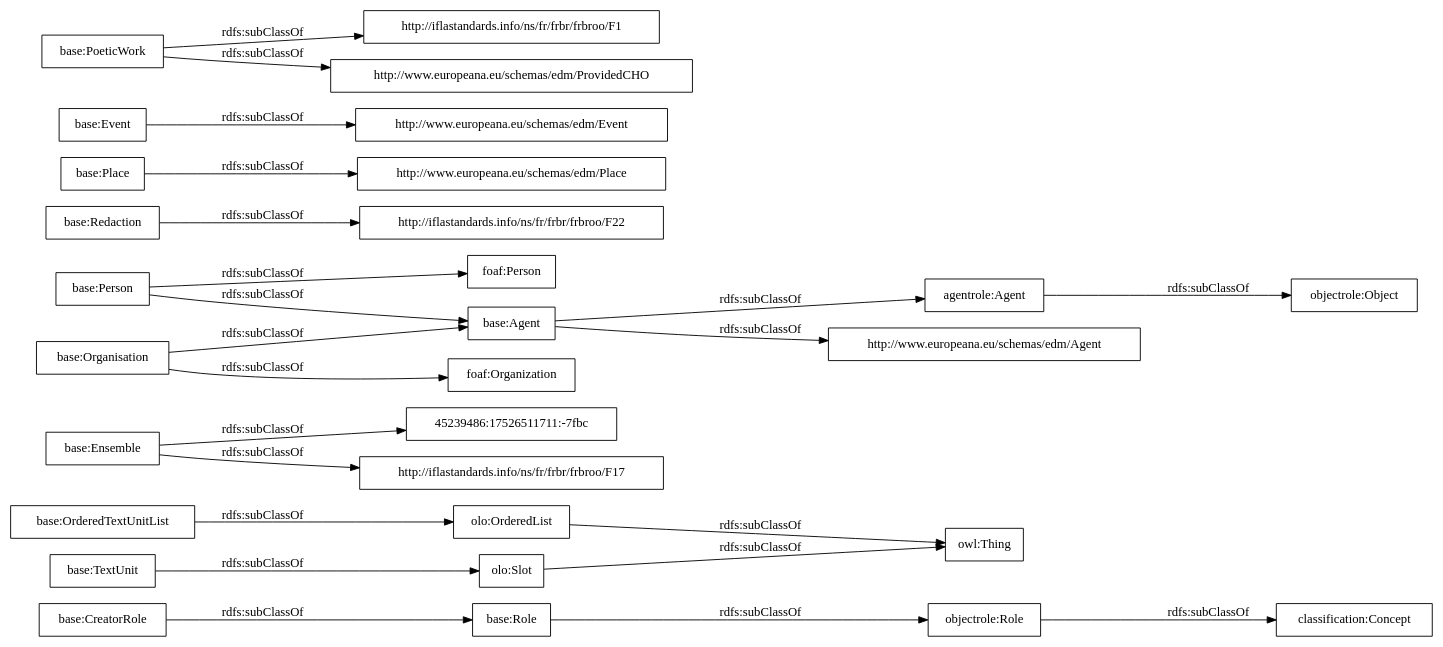
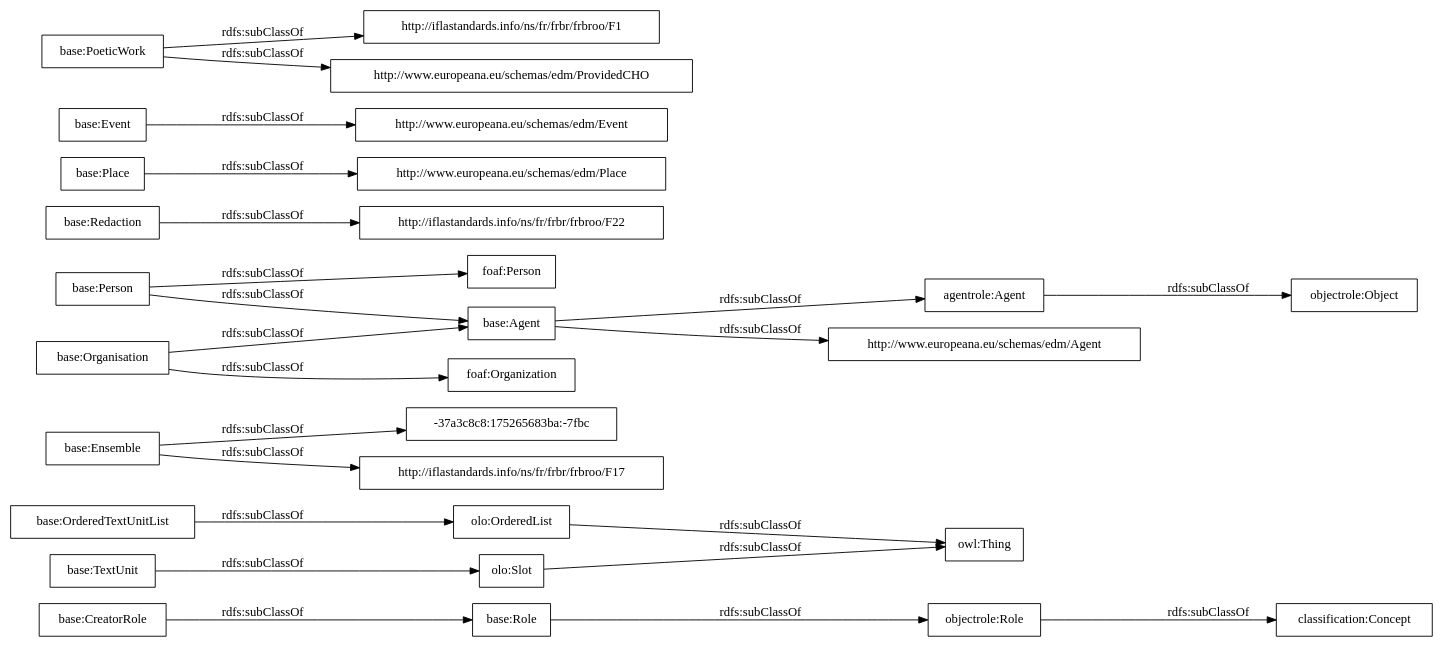
Before and after one commit to OnToologyUser/core-ontology-1: the diagram in OnToology/postdata-core.owl/diagrams/ar2dtool-taxonomy/postdata-core.owl.png.dot, drawn with Graphviz. The commit also changed 14 other files, not shown here.

```diff
--- a/OnToology/postdata-core.owl/diagrams/ar2dtool-taxonomy/postdata-core.owl.png.dot
+++ b/OnToology/postdata-core.owl/diagrams/ar2dtool-taxonomy/postdata-core.owl.png.dot
@@ -1,27 +1,27 @@
 digraph ar2dtool_diagram { 
 rankdir=LR;
 size="1000"
-node [shape = rectangle, color="black"]; "base:Role" "base:OrderedTextUnitList" "45239486:17526511711:-7fbc" "agentrole:Agent" "http://iflastandards.info/ns/fr/frbr/frbroo/F22" "http://www.europeana.eu/schemas/edm/Agent" "base:Agent" "base:CreatorRole" "base:Person" "base:Organisation" "http://www.europeana.eu/schemas/edm/Place" "base:Redaction" "base:Ensemble" "foaf:Person" "http://www.europeana.eu/schemas/edm/Event" "base:TextUnit" "http://iflastandards.info/ns/fr/frbr/frbroo/F1" "foaf:Organization" "http://www.europeana.eu/schemas/edm/ProvidedCHO" "base:Place" "base:Event" "base:PoeticWork" "http://iflastandards.info/ns/fr/frbr/frbroo/F17" "owl:Thing" "objectrole:Role" "objectrole:Object" "olo:Slot" "olo:OrderedList" "classification:Concept" ; /*classes style*/
+node [shape = rectangle, color="black"]; "base:Role" "base:OrderedTextUnitList" "-37a3c8c8:175265683ba:-7fbc" "agentrole:Agent" "http://iflastandards.info/ns/fr/frbr/frbroo/F22" "http://www.europeana.eu/schemas/edm/Agent" "base:Agent" "base:CreatorRole" "base:Person" "base:Organisation" "http://www.europeana.eu/schemas/edm/Place" "base:Redaction" "base:Ensemble" "foaf:Person" "http://www.europeana.eu/schemas/edm/Event" "base:TextUnit" "http://iflastandards.info/ns/fr/frbr/frbroo/F1" "foaf:Organization" "http://www.europeana.eu/schemas/edm/ProvidedCHO" "base:Place" "base:Event" "base:PoeticWork" "http://iflastandards.info/ns/fr/frbr/frbroo/F17" "owl:Thing" "objectrole:Role" "objectrole:Object" "olo:Slot" "olo:OrderedList" "classification:Concept" ; /*classes style*/
 	"base:Redaction" -> "http://iflastandards.info/ns/fr/frbr/frbroo/F22" [ label = "rdfs:subClassOf" ];
 	"base:Role" -> "objectrole:Role" [ label = "rdfs:subClassOf" ];
 	"base:Event" -> "http://www.europeana.eu/schemas/edm/Event" [ label = "rdfs:subClassOf" ];
 	"base:Person" -> "foaf:Person" [ label = "rdfs:subClassOf" ];
 	"base:Person" -> "base:Agent" [ label = "rdfs:subClassOf" ];
 	"olo:OrderedList" -> "owl:Thing" [ label = "rdfs:subClassOf" ];
 	"olo:Slot" -> "owl:Thing" [ label = "rdfs:subClassOf" ];
 	"base:PoeticWork" -> "http://www.europeana.eu/schemas/edm/ProvidedCHO" [ label = "rdfs:subClassOf" ];
 	"base:PoeticWork" -> "http://iflastandards.info/ns/fr/frbr/frbroo/F1" [ label = "rdfs:subClassOf" ];
 	"base:TextUnit" -> "olo:Slot" [ label = "rdfs:subClassOf" ];
 	"agentrole:Agent" -> "objectrole:Object" [ label = "rdfs:subClassOf" ];
-	"base:Ensemble" -> "45239486:17526511711:-7fbc" [ label = "rdfs:subClassOf" ];
+	"base:Ensemble" -> "-37a3c8c8:175265683ba:-7fbc" [ label = "rdfs:subClassOf" ];
 	"base:Ensemble" -> "http://iflastandards.info/ns/fr/frbr/frbroo/F17" [ label = "rdfs:subClassOf" ];
 	"base:OrderedTextUnitList" -> "olo:OrderedList" [ label = "rdfs:subClassOf" ];
 	"base:Agent" -> "agentrole:Agent" [ label = "rdfs:subClassOf" ];
 	"base:Agent" -> "http://www.europeana.eu/schemas/edm/Agent" [ label = "rdfs:subClassOf" ];
 	"objectrole:Role" -> "classification:Concept" [ label = "rdfs:subClassOf" ];
 	"base:Place" -> "http://www.europeana.eu/schemas/edm/Place" [ label = "rdfs:subClassOf" ];
 	"base:Organisation" -> "foaf:Organization" [ label = "rdfs:subClassOf" ];
 	"base:Organisation" -> "base:Agent" [ label = "rdfs:subClassOf" ];
 	"base:CreatorRole" -> "base:Role" [ label = "rdfs:subClassOf" ];
 
 }
```
